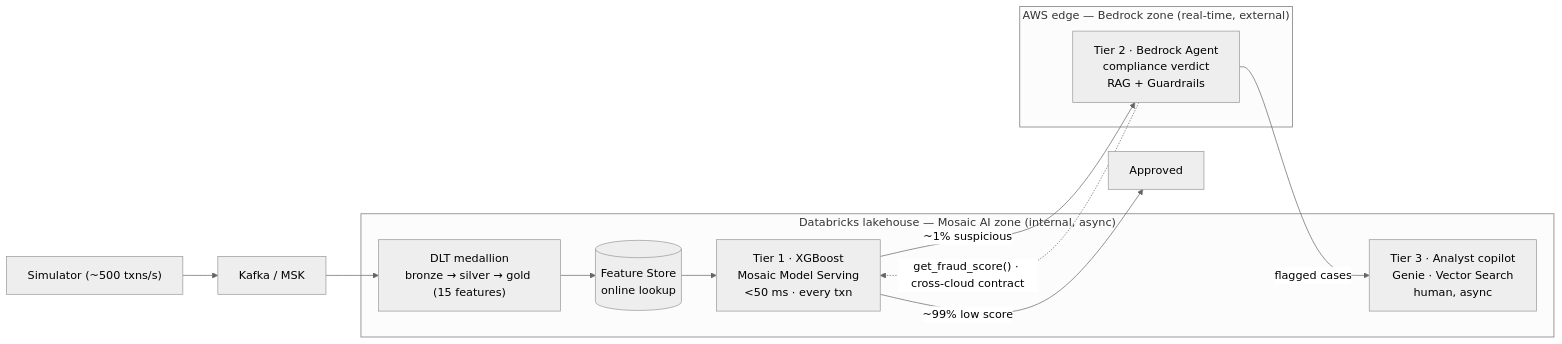
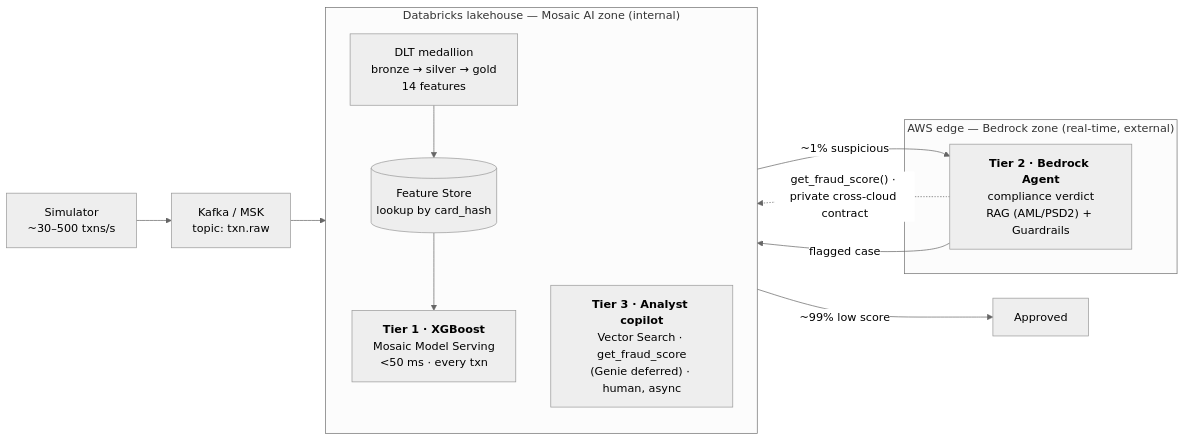
One commit to theofanis-tsakanikas/fintelliguard changed the first of 4 diagrams in README.md. Above: the diagram before and after it, drawn with Mermaid (neutral theme). The commit also changed other lines of this file and 20 other files, not shown here.

First line of the commit message:
docs: professional README — proven-live estate, diagrams, screenshots

````diff
--- a/README.md
+++ b/README.md
@@ -24,21 +46,22 @@
 ```mermaid
 flowchart LR
-  SIM["Simulator (~500 txns/s)"] --> K["Kafka / MSK"]
-  K --> P["DLT medallion<br/>bronze → silver → gold (15 features)"]
+  SIM["Simulator<br/>~30–500 txns/s"] --> K["Kafka / MSK<br/>topic: txn.raw"]
+  K --> P["DLT medallion<br/>bronze → silver → gold<br/>14 features"]
 
-  subgraph LAKE["Databricks lakehouse — Mosaic AI zone (internal, async)"]
-    P --> FS[("Feature Store<br/>online lookup")]
-    FS --> T1["Tier 1 · XGBoost<br/>Mosaic Model Serving<br/>&lt;50 ms · every txn"]
-    T3["Tier 3 · Analyst copilot<br/>Genie · Vector Search<br/>human, async"]
+  subgraph LAKE["Databricks lakehouse — Mosaic AI zone (internal)"]
+    direction TB
+    P --> FS[("Feature Store<br/>lookup by card_hash")]
+    FS --> T1["<b>Tier 1 · XGBoost</b><br/>Mosaic Model Serving<br/>&lt;50 ms · every txn"]
+    T3["<b>Tier 3 · Analyst copilot</b><br/>Vector Search · get_fraud_score<br/>(Genie deferred) · human, async"]
   end
 
   T1 -->|"~99% low score"| OK["Approved"]
   T1 -->|"~1% suspicious"| T2
 
   subgraph EDGE["AWS edge — Bedrock zone (real-time, external)"]
-    T2["Tier 2 · Bedrock Agent<br/>compliance verdict<br/>RAG + Guardrails"]
+    T2["<b>Tier 2 · Bedrock Agent</b><br/>compliance verdict<br/>RAG (AML/PSD2) + Guardrails"]
   end
 
-  T2 -. "get_fraud_score() · cross-cloud contract" .-> T1
-  T2 -->|"flagged cases"| T3
+  T2 -. "get_fraud_score() · private cross-cloud contract" .-> T1
+  T2 -->|"flagged case"| T3
 ```
````
